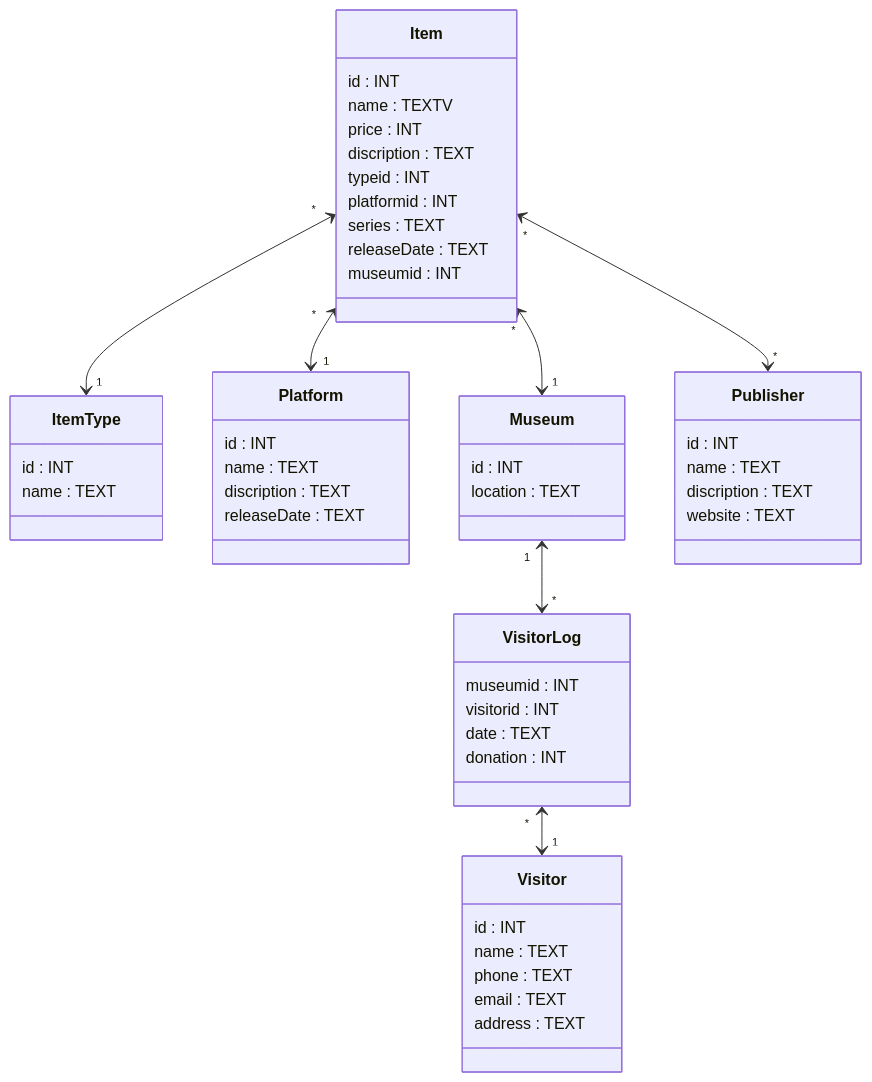
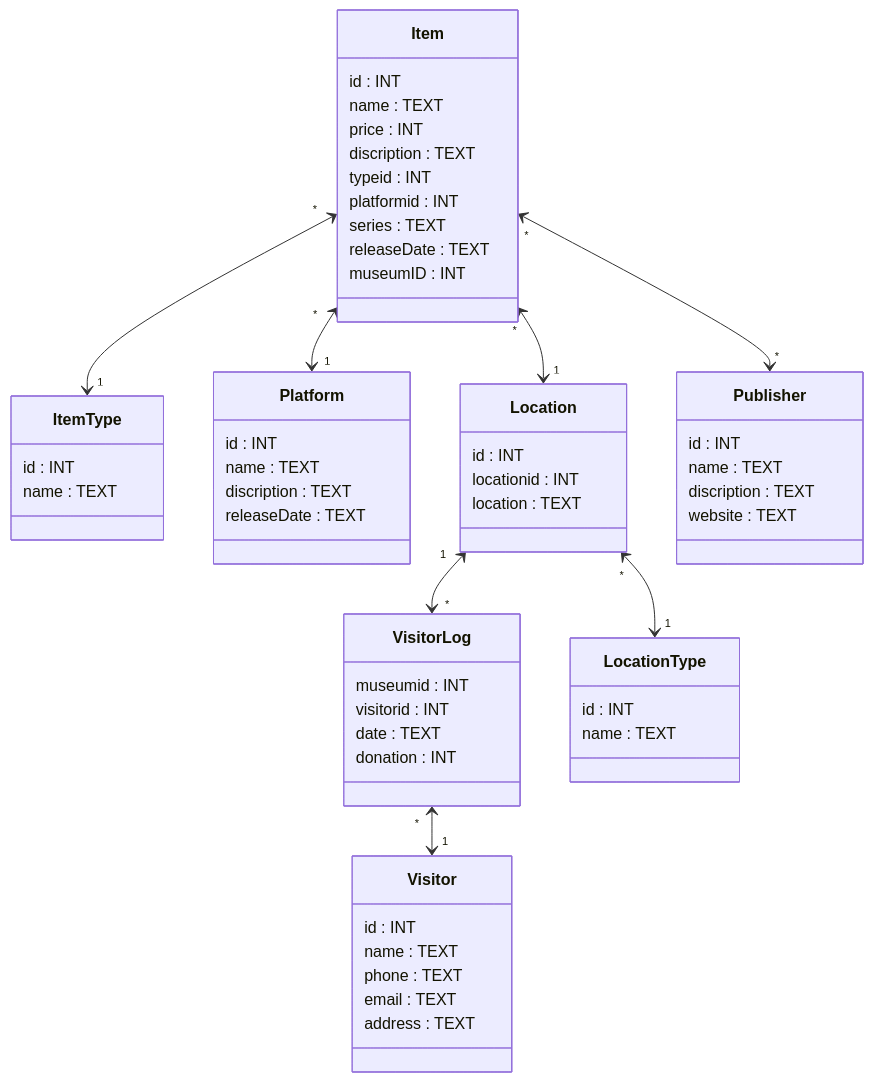
The diagram in README.md (LarsGielen/Project_VGHF), drawn with Mermaid before and after one commit.

Commit message:
Change museum to location with location types

````diff
--- a/README.md
+++ b/README.md
@@ -3,61 +3,68 @@
 ``` mermaid
 classDiagram
 
     Item "*" <--> "1" ItemType
     Item "*" <--> "1" Platform
-    Item "*" <--> "1" Museum
+    Item "*" <--> "1" Location
     Item "*" <--> "*" Publisher
-    Museum "1" <--> "*" VisitorLog
+    Location "1" <--> "*" VisitorLog
     VisitorLog "*" <--> "1" Visitor
+    Location "*" <--> "1" LocationType
 
     class Item {
         id : INT
-        name : TEXTV
+        name : TEXT
         price : INT
         discription : TEXT
         typeid : INT
         platformid : INT
         series : TEXT
         releaseDate : TEXT
-        museumid : INT
+        museumID : INT
     }
 
     class ItemType {
         id : INT
         name : TEXT
     }
 
     class Platform {
         id : INT
         name : TEXT
         discription : TEXT
         releaseDate : TEXT
     }
     
     class Publisher {
         id : INT
         name : TEXT
         discription : TEXT
         website : TEXT
     }
     
-    class Museum {
+    class Location {
         id : INT
+        locationid : INT
         location : TEXT
     }
     
+    class LocationType {
+        id : INT
+        name : TEXT
+    }
+
     class VisitorLog {
         museumid : INT
         visitorid : INT
         date : TEXT
         donation : INT
     }
     
     class Visitor {
         id : INT
         name : TEXT
         phone : TEXT
         email : TEXT
         address : TEXT
-    }
+    }    
  ```
````
